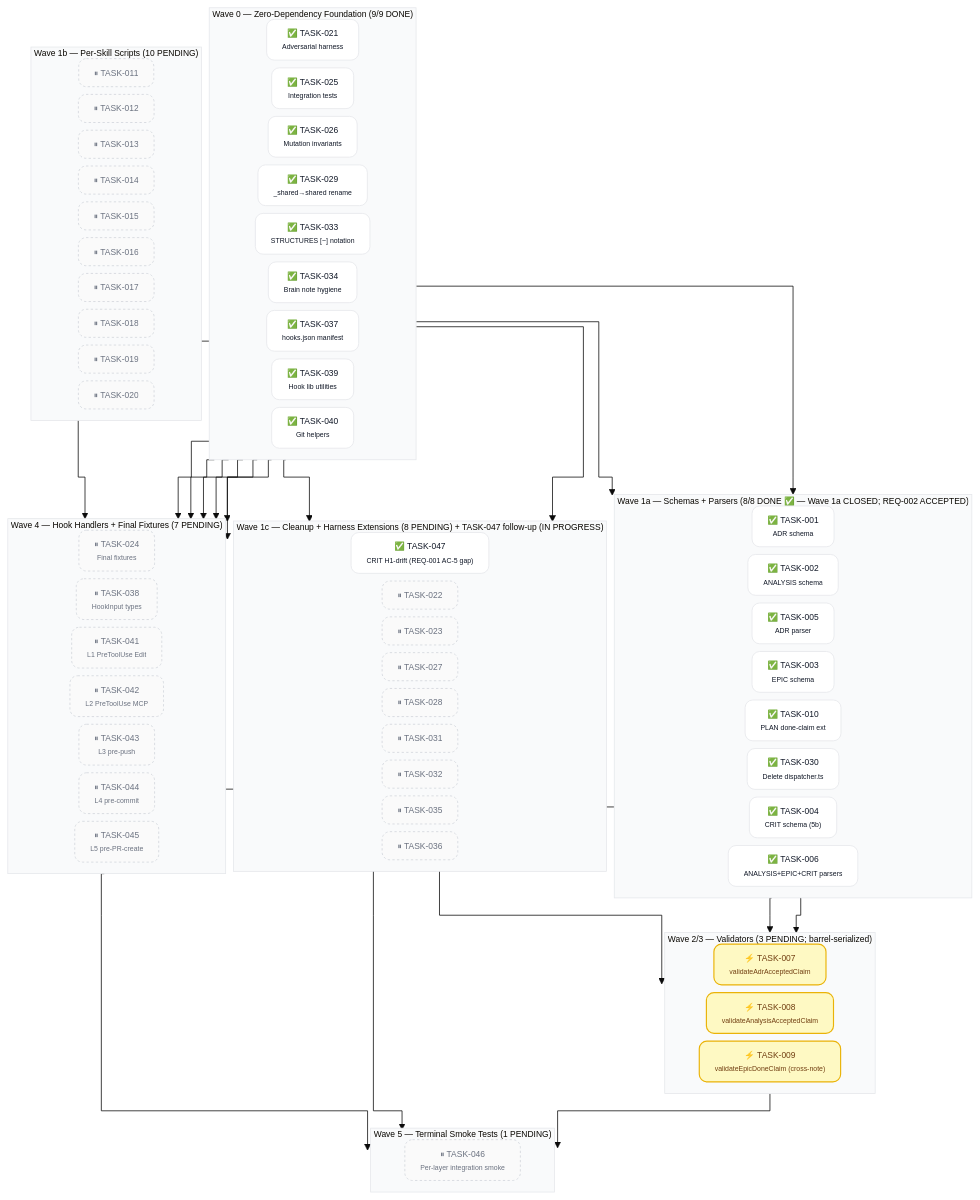
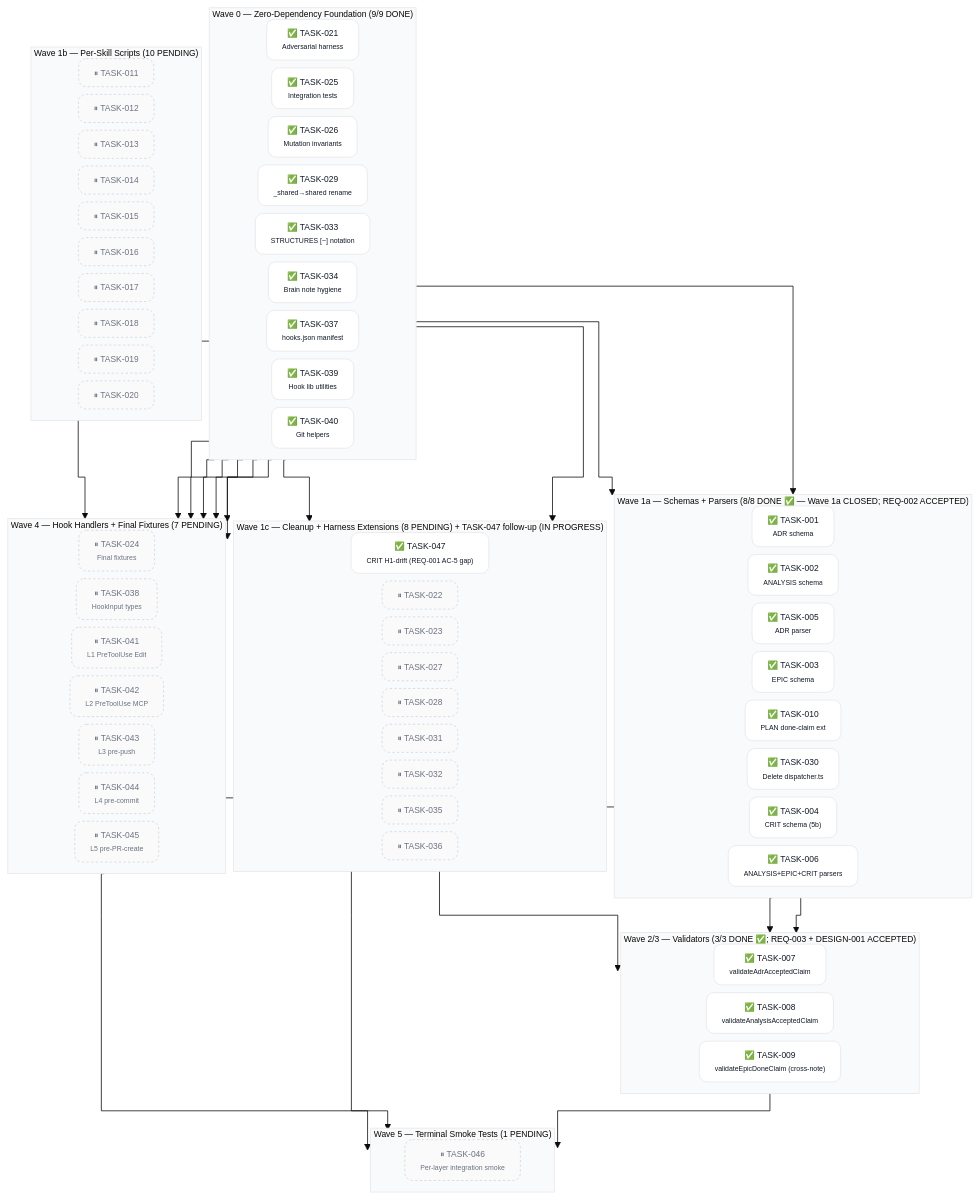
The second of 2 diagrams in docs/planning/PLAN-001-skills-ecosystem.md (acmelabs-15/skills), drawn with Mermaid before and after one commit. The commit also changed other lines of this file and 10 other files, not shown here.

First line of the commit message:
build(SPEC-008): Batch 6 CLOSED — validators QA PASS; REQ-003 + DESIGN-001 ACCEPTED; 21/47 (Event 82)

````diff
--- a/docs/planning/PLAN-001-skills-ecosystem.md
+++ b/docs/planning/PLAN-001-skills-ecosystem.md
@@ -208,11 +208,11 @@
     T036["⏸ TASK-036"]
   end
 
-  subgraph W23 ["Wave 2/3 — Validators (3 PENDING; barrel-serialized)"]
+  subgraph W23 ["Wave 2/3 — Validators (3/3 DONE ✅; REQ-003 + DESIGN-001 ACCEPTED)"]
     direction LR
-    T007["⚡ TASK-007<br/><span style='font-size:9px'>validateAdrAcceptedClaim</span>"]
-    T008["⚡ TASK-008<br/><span style='font-size:9px'>validateAnalysisAcceptedClaim</span>"]
-    T009["⚡ TASK-009<br/><span style='font-size:9px'>validateEpicDoneClaim (cross-note)</span>"]
+    T007["✅ TASK-007<br/><span style='font-size:9px'>validateAdrAcceptedClaim</span>"]
+    T008["✅ TASK-008<br/><span style='font-size:9px'>validateAnalysisAcceptedClaim</span>"]
+    T009["✅ TASK-009<br/><span style='font-size:9px'>validateEpicDoneClaim (cross-note)</span>"]
   end
 
   subgraph W4 ["Wave 4 — Hook Handlers + Final Fixtures (7 PENDING)"]
@@ -254,7 +254,6 @@
   T045 --> T046
 
   class T001,T002,T003,T004,T005,T006,T010,T021,T025,T026,T029,T030,T033,T034,T037,T039,T040 done
-  class T047 done
-  class T007,T008,T009 inprogress
+  class T007,T008,T009,T047 done
   class T011,T012,T013,T014,T015,T016,T017,T018,T019,T020,T022,T023,T024,T027,T028,T031,T032,T035,T036,T038,T041,T042,T043,T044,T045,T046 pending
 ```
````
